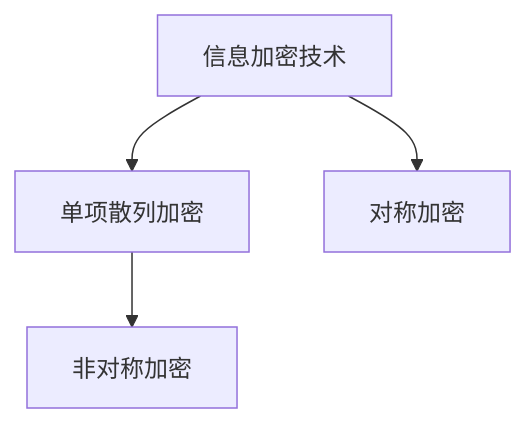
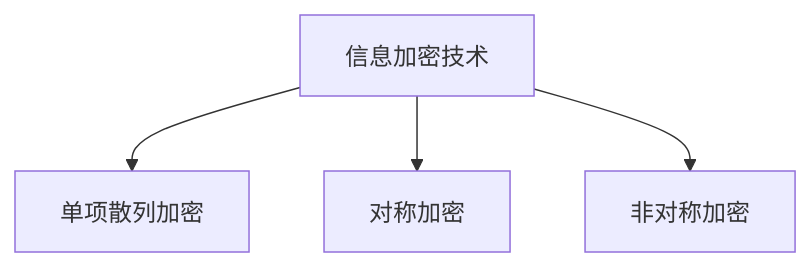
One commit to ljz572000/Note changed diagram 29 of 30 in Java/大型网站技术架构/index.md. Above: the diagram before and after it, drawn with Mermaid. The commit also changed other lines of this file and 4 other files, not shown here.

````diff
--- a/Java/大型网站技术架构/index.md
+++ b/Java/大型网站技术架构/index.md
@@ -1955,6 +1955,6 @@
 ```mermaid
 graph TD;
     A[信息加密技术]-->B[单项散列加密];
     A-->C[对称加密];
-    B-->D[非对称加密];
+    A-->D[非对称加密];
 ```
````
